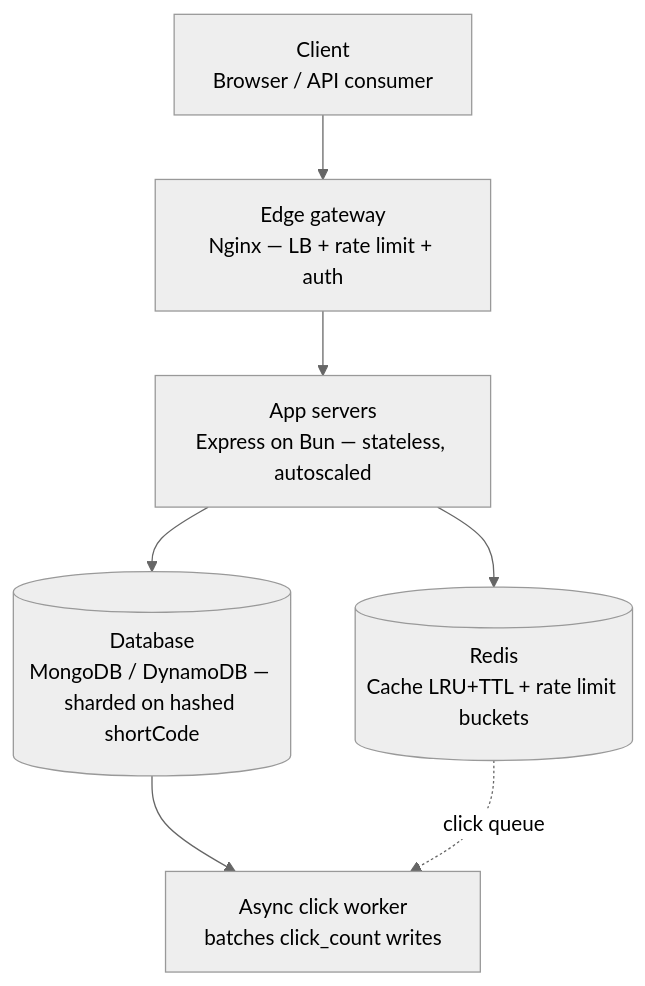
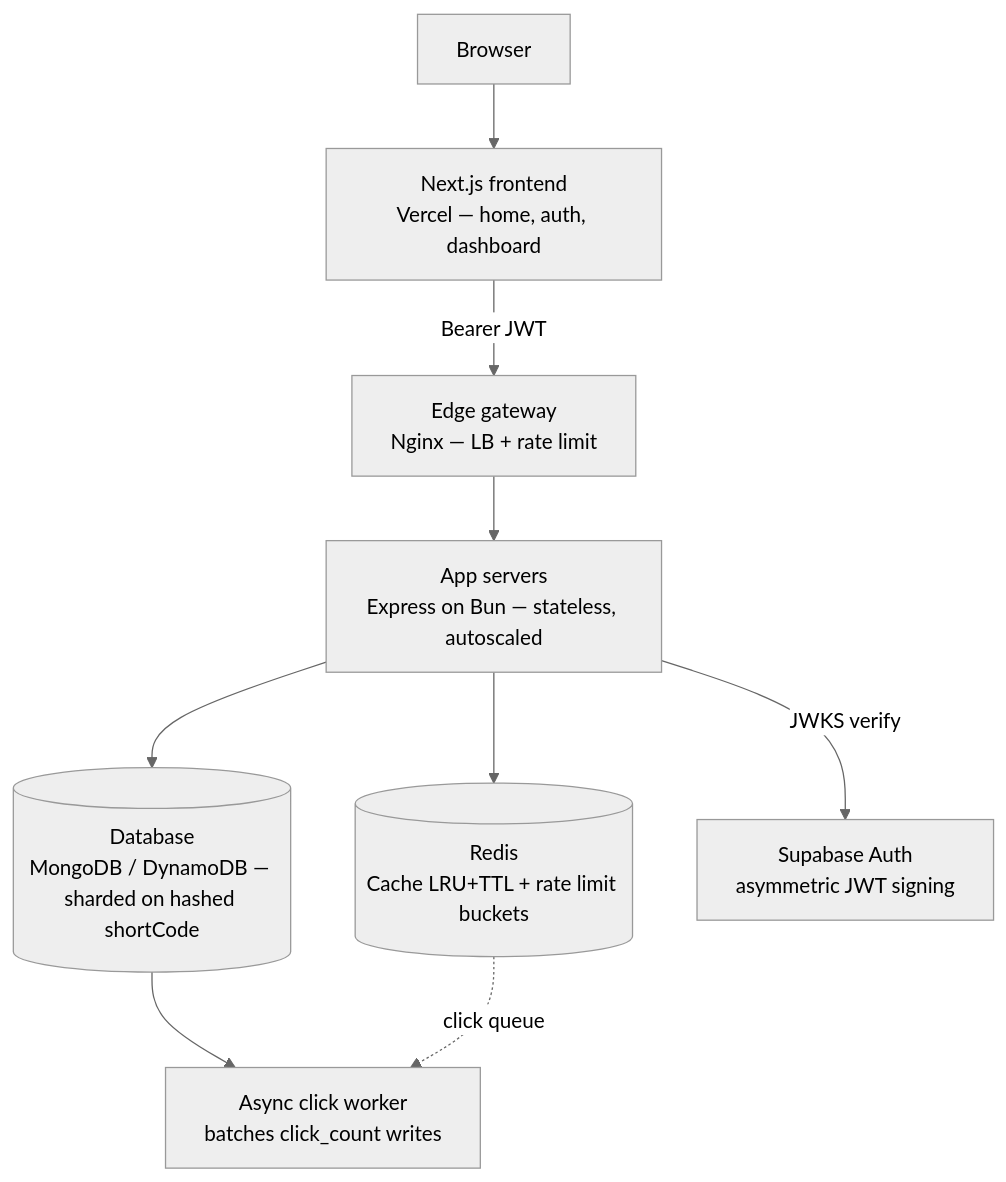
One commit to rahul-0407/url-shortner changed the diagram in Readme.md. Above: the diagram before and after it, drawn with Mermaid (neutral theme). The commit also changed other lines of this file and 1 other file, not shown here.

````diff
--- a/Readme.md
+++ b/Readme.md
@@ -15,12 +19,14 @@
 ```mermaid
 flowchart TD
-    Client[Client<br/>Browser / API consumer]
-    Client --> Gateway[Edge gateway<br/>Nginx — LB + rate limit + auth]
+    Browser[Browser]
+    Browser --> FE[Next.js frontend<br/>Vercel — home, auth, dashboard]
+    FE -->|Bearer JWT| Gateway[Edge gateway<br/>Nginx — LB + rate limit]
     Gateway --> App[App servers<br/>Express on Bun — stateless, autoscaled]
 
     App --> Redis[(Redis<br/>Cache LRU+TTL + rate limit buckets)]
     App --> DB[(Database<br/>MongoDB / DynamoDB — sharded on hashed shortCode)]
+    App -->|JWKS verify| Supabase[Supabase Auth<br/>asymmetric JWT signing]
 
     DB --> Worker[Async click worker<br/>batches click_count writes]
     Redis -. click queue .-> Worker
 ```
````
